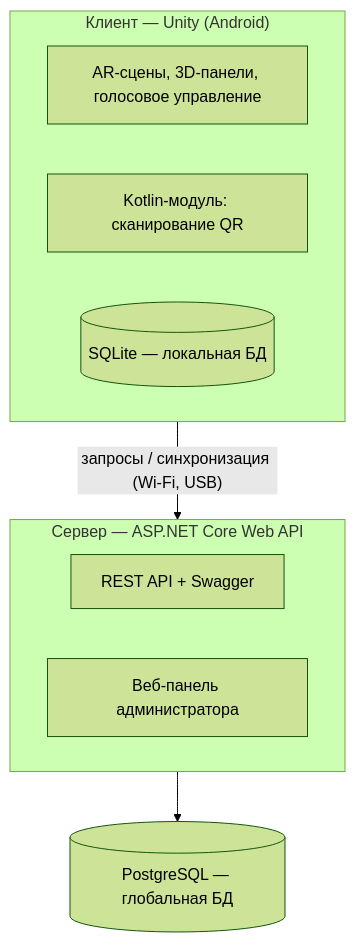
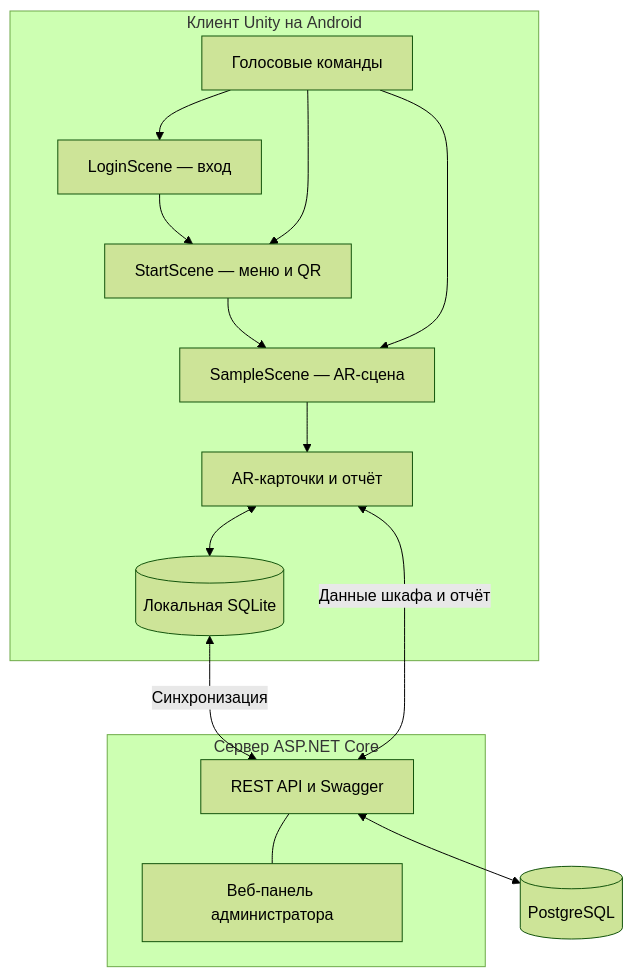
The diagram in README.md (Dimasyaaa/AR_Unity), drawn with Mermaid (forest theme) before and after one commit. The commit also changed other lines of this file and 121 other files, not shown here.

````diff
--- a/README.md
+++ b/README.md
@@ -122,16 +114,27 @@
 ```mermaid
 flowchart TB
-    subgraph Device ["Клиент — Unity (Android)"]
-        UI["AR-сцены, 3D-панели, голосовое управление"]
-        QR["Kotlin-модуль: сканирование QR"]
-        SQL[("SQLite — локальная БД")]
+    subgraph Client[Клиент Unity на Android]
+        Login[LoginScene — вход]
+        Menu[StartScene — меню и QR]
+        AR[SampleScene — AR-сцена]
+        Cards[AR-карточки и отчёт]
+        Voice[Голосовые команды]
+        SQLite[(Локальная SQLite)]
+        Login --> Menu --> AR --> Cards
+        Voice --> Login
+        Voice --> Menu
+        Voice --> AR
+        Cards <--> SQLite
     end
-    subgraph Backend ["Сервер — ASP.NET Core Web API"]
-        API["REST API + Swagger"]
-        ADM["Веб-панель администратора"]
+
+    subgraph Backend[Сервер ASP.NET Core]
+        API[REST API и Swagger]
+        Admin[Веб-панель администратора]
+        API --- Admin
     end
-    PG[("PostgreSQL — глобальная БД")]
 
-    Device -- "запросы / синхронизация (Wi-Fi, USB)" --> Backend
-    Backend --> PG
+    PostgreSQL[(PostgreSQL)]
+    SQLite <-->|Синхронизация| API
+    Cards <-->|Данные шкафа и отчёт| API
+    API <--> PostgreSQL
 ```
````
